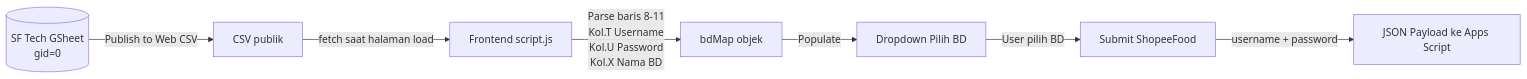
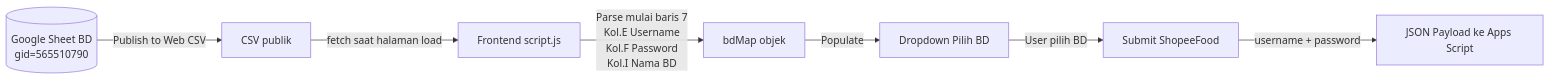
The third of 3 diagrams in README.md (superfoodtechid/website-form), drawn with Mermaid before and after one commit. The commit also changed other lines of this file and 1 other file, not shown here.

````diff
--- a/README.md
+++ b/README.md
@@ -63,9 +63,9 @@
 ```mermaid
 flowchart LR
-    SFTECH[(SF Tech GSheet\ngid=0)] -- Publish to Web CSV --> CSV[CSV publik]
+    SFTECH[(Google Sheet BD\ngid=565510790)] -- Publish to Web CSV --> CSV[CSV publik]
     CSV -- fetch saat halaman load --> FE[Frontend script.js]
-    FE -- Parse baris 8-11\nKol.T Username\nKol.U Password\nKol.X Nama BD --> BDMAP[bdMap objek]
+    FE -- Parse mulai baris 7\nKol.E Username\nKol.F Password\nKol.I Nama BD --> BDMAP[bdMap objek]
     BDMAP -- Populate --> DD[Dropdown Pilih BD]
     DD -- User pilih BD --> SUB[Submit ShopeeFood]
     SUB -- username + password --> PAYLOAD[JSON Payload ke Apps Script]
 ```
````
